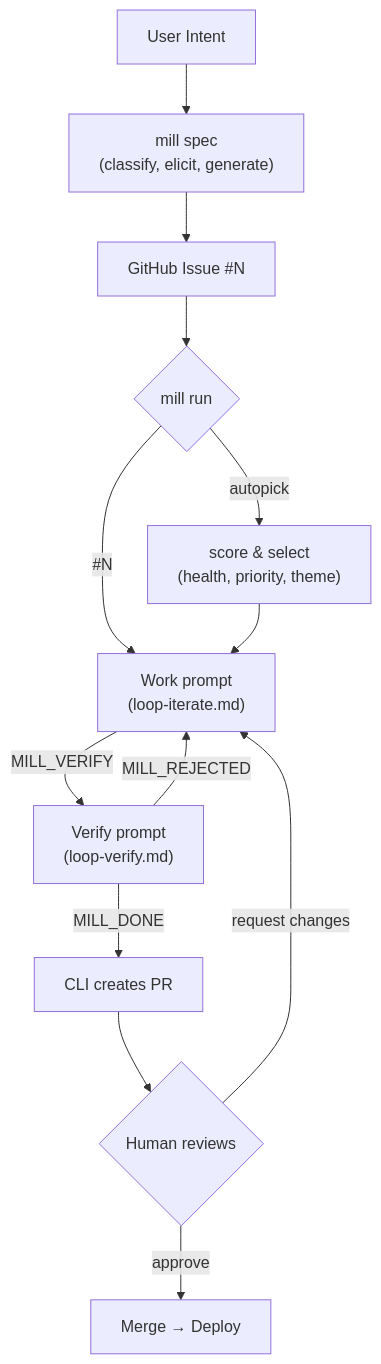
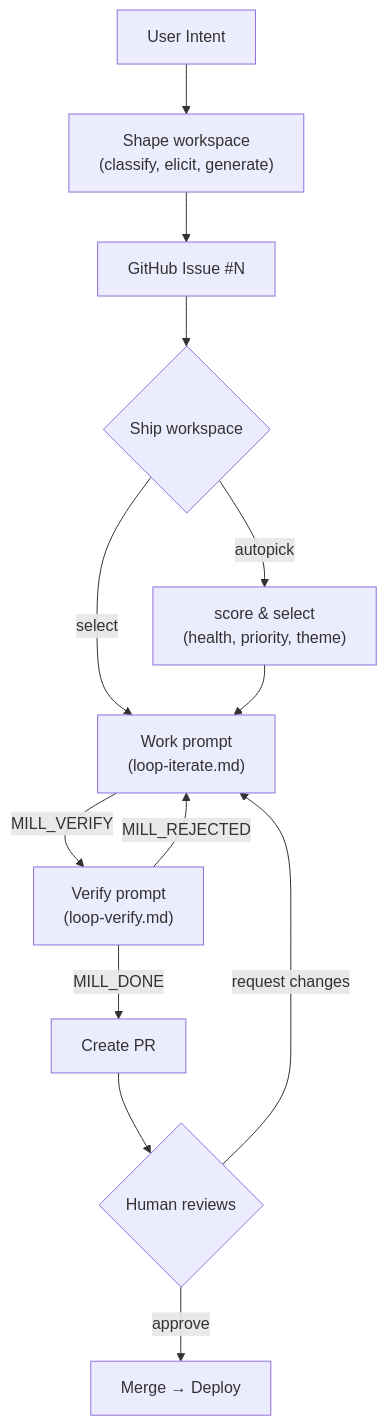
The first of 2 diagrams in AGENTS.md (mindrevolution/mill), drawn with Mermaid before and after one commit. The commit also changed other lines of this file, not shown here.

First line of the commit message:
docs: workbench-first architecture, deprecate CLI

````diff
--- a/AGENTS.md
+++ b/AGENTS.md
@@ -140,15 +129,15 @@
 ```mermaid
 flowchart TD
-    A[User Intent] --> B["mill spec<br>(classify, elicit, generate)"]
+    A[User Intent] --> B["Shape workspace<br>(classify, elicit, generate)"]
     B --> C["GitHub Issue #N"]
-    C --> D{"mill run"}
-    D -->|"#N"| E["Work prompt<br>(loop-iterate.md)"]
+    C --> D{"Ship workspace"}
+    D -->|"select"| E["Work prompt<br>(loop-iterate.md)"]
     D -->|"autopick"| F["score & select<br>(health, priority, theme)"]
     F --> E
     E -->|MILL_VERIFY| G["Verify prompt<br>(loop-verify.md)"]
     G -->|MILL_REJECTED| E
-    G -->|MILL_DONE| H["CLI creates PR"]
+    G -->|MILL_DONE| H["Create PR"]
     H --> I{Human reviews}
     I -->|approve| J[Merge → Deploy]
     I -->|request changes| E
 ```
````
